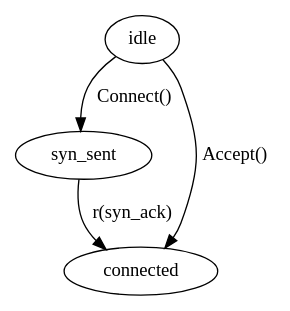
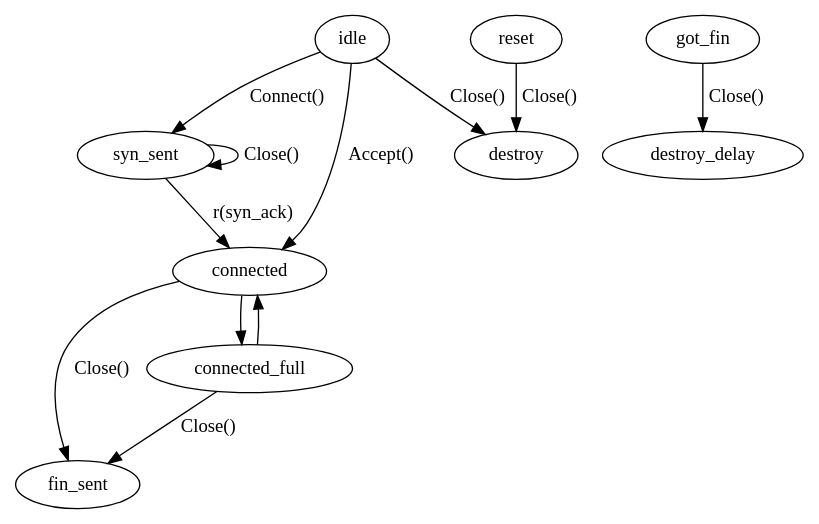
Before and after one commit to jlouis/etorrent: the diagram in documentation/utp.dot, drawn with Graphviz. The commit also changed 2 other files, not shown here.

Commit message:
Implement close, document new state changes.

```diff
--- a/documentation/utp.dot
+++ b/documentation/utp.dot
@@ -1,6 +1,14 @@
 digraph {
 	idle -> syn_sent [label="Connect()"];
 	syn_sent -> connected [label="r(syn_ack)"];
+	idle -> connected [label="Accept()"];
+	idle -> destroy [label="Close()"];
+	syn_sent -> syn_sent [label="Close()"];
+	connected -> fin_sent [label="Close()"];
+	connected_full -> fin_sent [label="Close()"];
+	got_fin -> destroy_delay [label="Close()"];
+	reset -> destroy [label="Close()"];
+	connected -> connected_full;
+	connected_full -> connected;
 
-	idle -> connected [label="Accept()"];
 }
```
